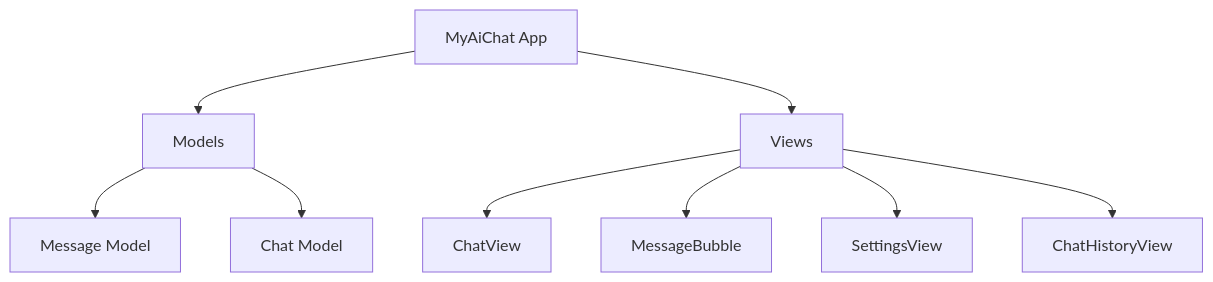
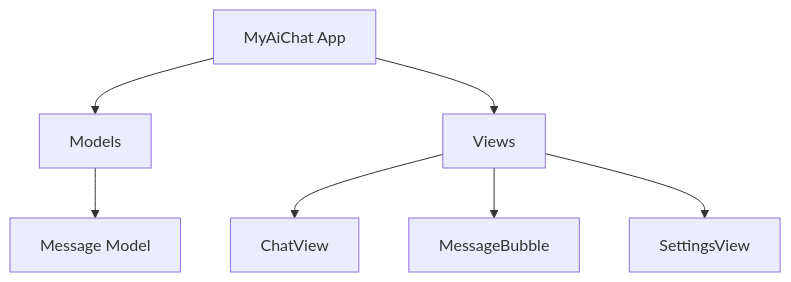
One commit to fredodupoux/MyAiChat-SwiftUI changed the diagram in docs/BuildingAiChatApp.md. Above: the diagram before and after it, drawn with Mermaid. The commit also changed other lines of this file and 9 other files, not shown here.

Commit message:
Remove the Chat Model as we removed the Chat History feature.

````diff
--- a/docs/BuildingAiChatApp.md
+++ b/docs/BuildingAiChatApp.md
@@ -14,11 +14,9 @@
 ```mermaid
 graph TD
     A[MyAiChat App] --> B[Models]
     A --> C[Views]
     B --> E[Message Model]
-    B --> F[Chat Model]
     C --> G[ChatView]
     C --> H[MessageBubble]
     C --> I[SettingsView]
-    C --> J[ChatHistoryView]
 ```
````
